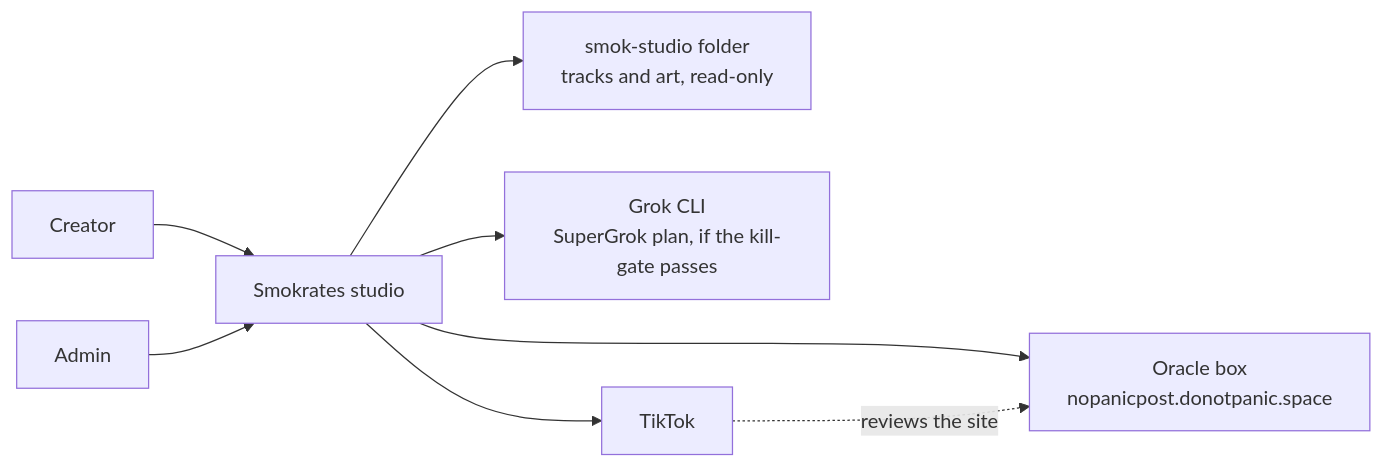
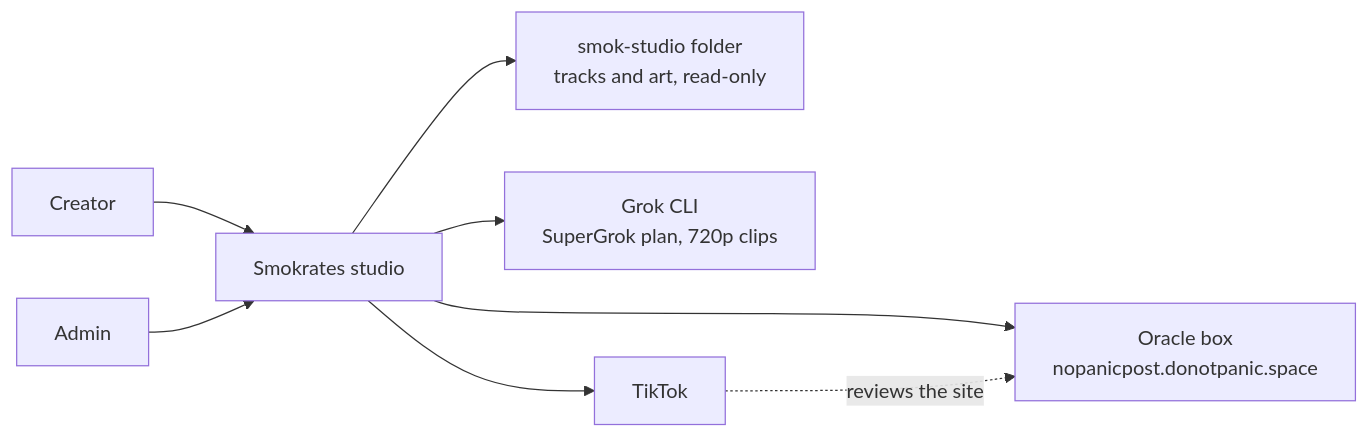
The first of 2 diagrams in docs/architecture.md (hrco/_smokrates-studio), drawn with Mermaid before and after one commit. The commit also changed other lines of this file and 6 other files, not shown here.

First line of the commit message:
docs: record day-1 Grok CLI test, Scene stays in cycle 1

````diff
--- a/docs/architecture.md
+++ b/docs/architecture.md
@@ -30,17 +30,17 @@
 ```mermaid
 flowchart LR
   creator[Creator]
   admin[Admin]
   studio[Smokrates studio]
   smok[smok-studio folder<br/>tracks and art, read-only]
-  grok[Grok CLI<br/>SuperGrok plan, if the kill-gate passes]
+  grok[Grok CLI<br/>SuperGrok plan, 720p clips]
   tiktok[TikTok]
   oracle[Oracle box<br/>nopanicpost.donotpanic.space]
   creator --> studio
   admin --> studio
   studio --> smok
   studio --> grok
   studio --> tiktok
   studio --> oracle
   tiktok -. reviews the site .-> oracle
 ```
````
